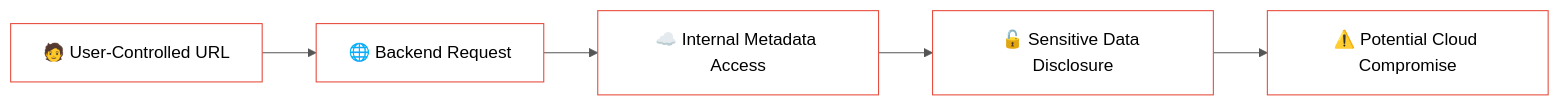
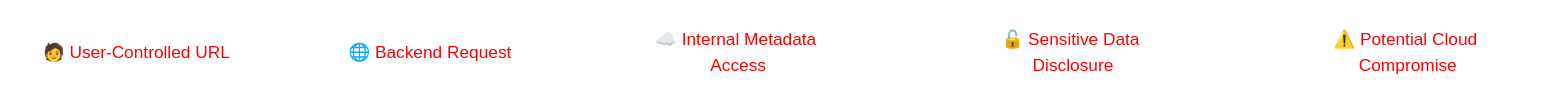
One commit to ashrithpeechara/infinity_learning changed diagram 13 of 13 in Cloud_Security/Compute Engine Intrusion/solution.md. Above: the diagram before and after it, drawn with Mermaid. The commit also changed 1 other file, not shown here.

Commit message:
Lambda Escalation css

````diff
--- a/Cloud_Security/Compute Engine Intrusion/solution.md
+++ b/Cloud_Security/Compute Engine Intrusion/solution.md
@@ -428,19 +428,19 @@
 ```mermaid
 %%{init: {
   "theme": "base",
   "themeVariables": {
     "primaryColor": "#ffffff",
-    "primaryTextColor": "#000000",
-    "primaryBorderColor": "#e74c3c",
-    "lineColor": "#555555",
+    "primaryTextColor": "#ff0000",
+    "primaryBorderColor": "#ffffff",
+    "lineColor": "#ffffff",
     "background": "#ffffff"
   }
 }}%%
 
 flowchart LR
     A["🧑 User-Controlled URL"]
     --> B["🌐 Backend Request"]
     --> C["☁️ Internal Metadata Access"]
     --> D["🔓 Sensitive Data Disclosure"]
     --> E["⚠️ Potential Cloud Compromise"]
 ```
````
